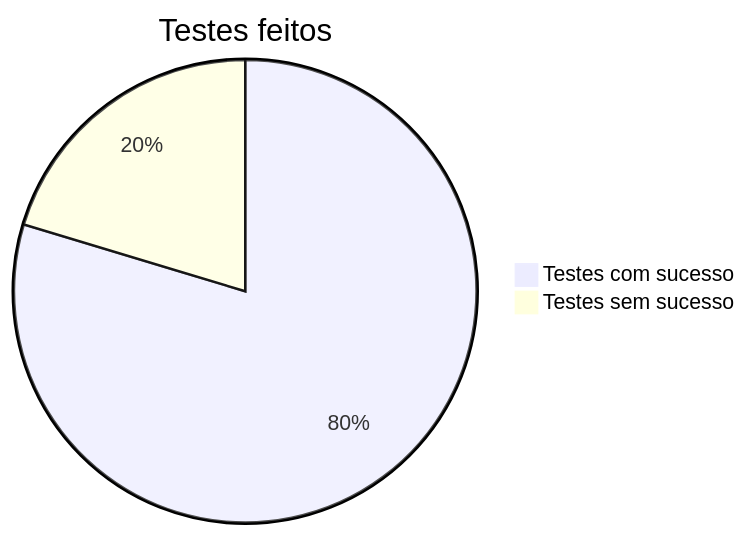
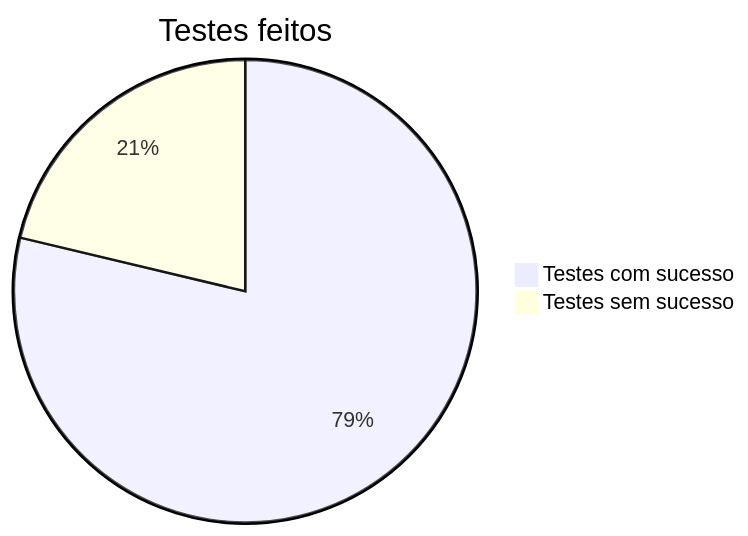
One commit to tallysdev/eventSync changed the diagram in docs/docs-relatorio-testes.md. Above: the diagram before and after it, drawn with Mermaid. The commit also changed other lines of this file, not shown here.

```diff
--- a/docs/docs-relatorio-testes.md
+++ b/docs/docs-relatorio-testes.md
@@ -232,7 +225,7 @@
 ~~~mermaid
 
 pie title Testes feitos
-    "Testes com sucesso"  : 47
-    "Testes sem sucesso"  : 12
+    "Testes com sucesso"  : 37
+    "Testes sem sucesso"  : 10
 
 ~~~
```
